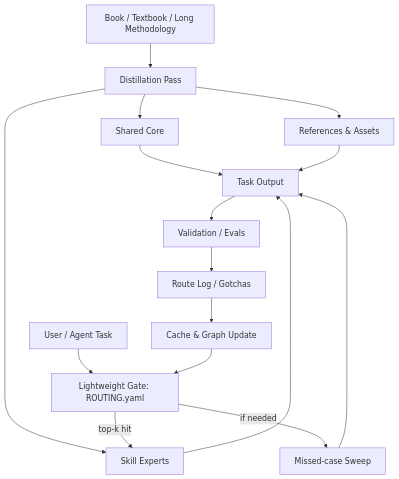
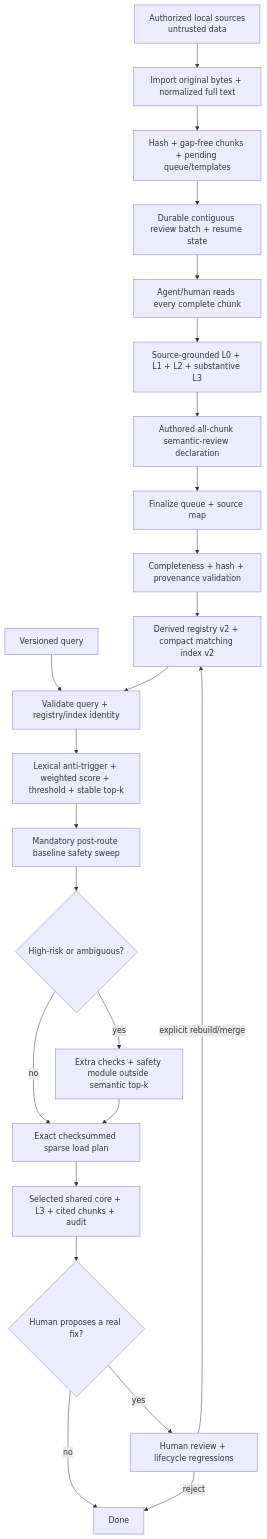
The diagram in assets/structure-diagram.mmd (9s5bz2jvd2-lang/sparse-book-to-skill-distillation), drawn with Mermaid before and after one commit. The commit also changed 93 other files, not shown here.

Commit message:
feat: add atomic graph and vector sparse reading

```diff
--- a/assets/structure-diagram.mmd
+++ b/assets/structure-diagram.mmd
@@ -1,16 +1,26 @@
 flowchart TD
-    A[Book / Textbook / Long Methodology] --> B[Distillation Pass]
-    B --> C[Shared Core]
-    B --> D[Skill Experts]
-    B --> E[References & Assets]
-    U[User / Agent Task] --> G[Lightweight Gate: ROUTING.yaml]
-    G -->|top-k hit| D
-    G -->|if needed| R[Missed-case Sweep]
-    C --> O[Task Output]
-    D --> O
-    E --> O
-    R --> O
-    O --> V[Validation / Evals]
-    V --> L[Route Log / Gotchas]
-    L --> K[Cache & Graph Update]
-    K --> G
+    S[Authorized local sources<br/>untrusted data] --> I[Import original bytes + normalized full text]
+    I --> Q[Hash + gap-free chunks + pending queue/templates]
+    Q --> RQ[Durable contiguous review batch + resume state]
+    RQ --> A[Agent/human reads every complete chunk]
+    A --> L[Source-grounded L0 + L1 + L2 + substantive L3]
+    L --> SR[Authored all-chunk semantic-review declaration]
+    SR --> F[Finalize queue + source map]
+    F --> V[Completeness + hash + provenance validation]
+    V --> B[Derived registry v2 + compact matching index v2]
+
+    U[Versioned query] --> X[Validate query + registry/index identity]
+    B --> X
+    X --> G[Lexical anti-trigger + weighted score + threshold + stable top-k]
+    G --> W[Mandatory post-route baseline safety sweep]
+    W --> H{High-risk or ambiguous?}
+    H -->|yes| SG[Extra checks + safety module outside semantic top-k]
+    H -->|no| P[Exact checksummed sparse load plan]
+    SG --> P
+    P --> O[Selected shared core + L3 + cited chunks + audit]
+
+    O --> R{Human proposes a real fix?}
+    R -->|no| Z[Done]
+    R -->|yes| HR[Human review + lifecycle regressions]
+    HR -->|explicit rebuild/merge| B
+    HR -->|reject| Z
```
